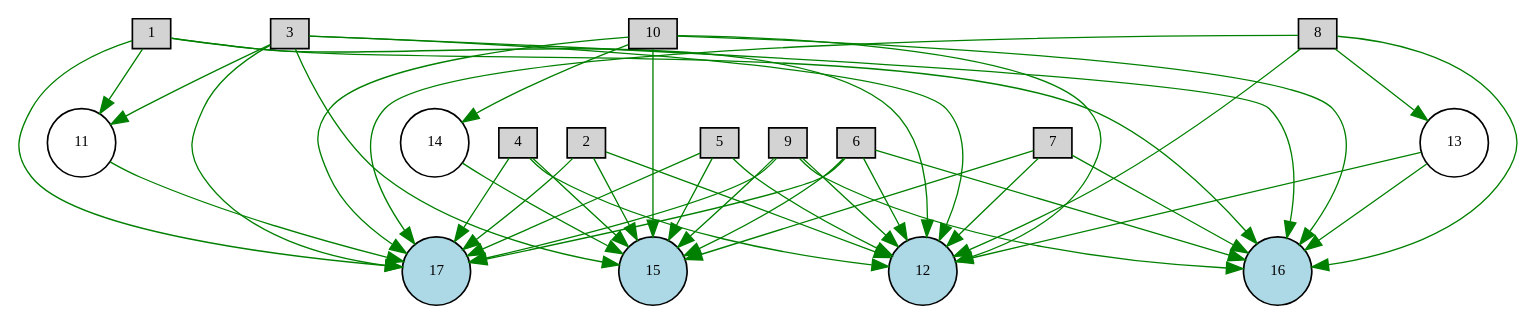
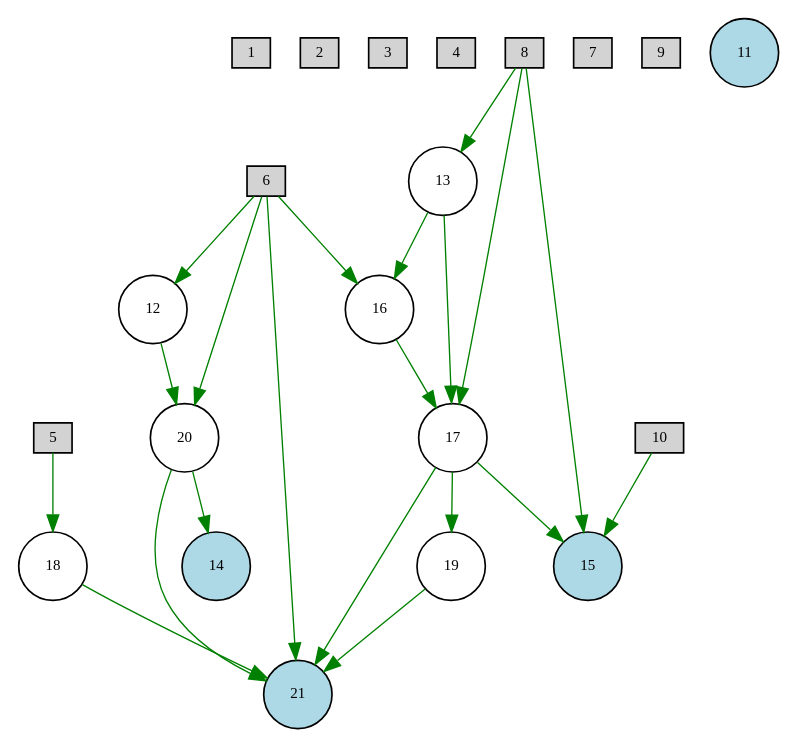
Before and after one commit to lodderwin/SNN_thesis: the diagram in NEAT_CMA_SNN_2D_FLIGHT/Digraph.gv, drawn with Graphviz. The commit also changed 8 other files, not shown here.

```diff
--- a/NEAT_CMA_SNN_2D_FLIGHT/Digraph.gv
+++ b/NEAT_CMA_SNN_2D_FLIGHT/Digraph.gv
@@ -1,62 +1,44 @@
 digraph {
 	node [fontsize=9 height=0.2 shape=circle width=0.2]
 	1 [fillcolor=lightgray shape=box style=filled]
 	2 [fillcolor=lightgray shape=box style=filled]
 	3 [fillcolor=lightgray shape=box style=filled]
 	4 [fillcolor=lightgray shape=box style=filled]
 	5 [fillcolor=lightgray shape=box style=filled]
 	6 [fillcolor=lightgray shape=box style=filled]
 	7 [fillcolor=lightgray shape=box style=filled]
 	8 [fillcolor=lightgray shape=box style=filled]
 	9 [fillcolor=lightgray shape=box style=filled]
 	10 [fillcolor=lightgray shape=box style=filled]
-	17 [fillcolor=lightblue style=filled]
-	12 [fillcolor=lightblue style=filled]
-	16 [fillcolor=lightblue style=filled]
+	11 [fillcolor=lightblue style=filled]
+	21 [fillcolor=lightblue style=filled]
 	15 [fillcolor=lightblue style=filled]
-	11 [fillcolor=white style=filled]
+	14 [fillcolor=lightblue style=filled]
+	12 [fillcolor=white style=filled]
 	13 [fillcolor=white style=filled]
-	14 [fillcolor=white style=filled]
-	1 -> 17 [color=green penwidth=0.8 style=solid]
-	1 -> 12 [color=green penwidth=0.8 style=solid]
-	1 -> 16 [color=green penwidth=0.8 style=solid]
-	2 -> 17 [color=green penwidth=0.8 style=solid]
-	2 -> 12 [color=green penwidth=0.8 style=solid]
-	2 -> 15 [color=green penwidth=0.8 style=solid]
-	3 -> 17 [color=green penwidth=0.8 style=solid]
-	3 -> 12 [color=green penwidth=0.8 style=solid]
-	3 -> 16 [color=green penwidth=0.8 style=solid]
-	3 -> 15 [color=green penwidth=0.8 style=solid]
-	4 -> 17 [color=green penwidth=0.8 style=solid]
-	4 -> 12 [color=green penwidth=0.8 style=solid]
-	4 -> 15 [color=green penwidth=0.8 style=solid]
-	5 -> 17 [color=green penwidth=0.8 style=solid]
-	5 -> 12 [color=green penwidth=0.8 style=solid]
-	5 -> 15 [color=green penwidth=0.8 style=solid]
-	6 -> 17 [color=green penwidth=0.8 style=solid]
+	16 [fillcolor=white style=filled]
+	17 [fillcolor=white style=filled]
+	18 [fillcolor=white style=filled]
+	19 [fillcolor=white style=filled]
+	20 [fillcolor=white style=filled]
+	10 -> 15 [color=green penwidth=0.8 style=solid]
+	8 -> 15 [color=green penwidth=0.8 style=solid]
+	8 -> 17 [color=green penwidth=0.8 style=solid]
+	17 -> 15 [color=green penwidth=0.8 style=solid]
+	8 -> 13 [color=green penwidth=0.8 style=solid]
+	13 -> 17 [color=green penwidth=0.8 style=solid]
+	13 -> 16 [color=green penwidth=0.8 style=solid]
+	16 -> 17 [color=green penwidth=0.8 style=solid]
+	6 -> 21 [color=green penwidth=0.8 style=solid]
+	6 -> 20 [color=green penwidth=0.8 style=solid]
+	20 -> 21 [color=green penwidth=0.8 style=solid]
+	5 -> 18 [color=green penwidth=0.8 style=solid]
+	18 -> 21 [color=green penwidth=0.8 style=solid]
+	20 -> 14 [color=green penwidth=0.8 style=solid]
 	6 -> 12 [color=green penwidth=0.8 style=solid]
+	12 -> 20 [color=green penwidth=0.8 style=solid]
+	17 -> 21 [color=green penwidth=0.8 style=solid]
+	17 -> 19 [color=green penwidth=0.8 style=solid]
+	19 -> 21 [color=green penwidth=0.8 style=solid]
 	6 -> 16 [color=green penwidth=0.8 style=solid]
-	6 -> 15 [color=green penwidth=0.8 style=solid]
-	7 -> 12 [color=green penwidth=0.8 style=solid]
-	7 -> 16 [color=green penwidth=0.8 style=solid]
-	7 -> 15 [color=green penwidth=0.8 style=solid]
-	8 -> 17 [color=green penwidth=0.8 style=solid]
-	8 -> 12 [color=green penwidth=0.8 style=solid]
-	8 -> 16 [color=green penwidth=0.8 style=solid]
-	9 -> 17 [color=green penwidth=0.8 style=solid]
-	9 -> 12 [color=green penwidth=0.8 style=solid]
-	9 -> 16 [color=green penwidth=0.8 style=solid]
-	9 -> 15 [color=green penwidth=0.8 style=solid]
-	10 -> 17 [color=green penwidth=0.8 style=solid]
-	10 -> 12 [color=green penwidth=0.8 style=solid]
-	10 -> 16 [color=green penwidth=0.8 style=solid]
-	10 -> 15 [color=green penwidth=0.8 style=solid]
-	10 -> 14 [color=green penwidth=0.8 style=solid]
-	14 -> 15 [color=green penwidth=0.8 style=solid]
-	8 -> 13 [color=green penwidth=0.8 style=solid]
-	13 -> 16 [color=green penwidth=0.8 style=solid]
-	3 -> 11 [color=green penwidth=0.8 style=solid]
-	11 -> 17 [color=green penwidth=0.8 style=solid]
-	13 -> 12 [color=green penwidth=0.8 style=solid]
-	1 -> 11 [color=green penwidth=0.8 style=solid]
 }
```
